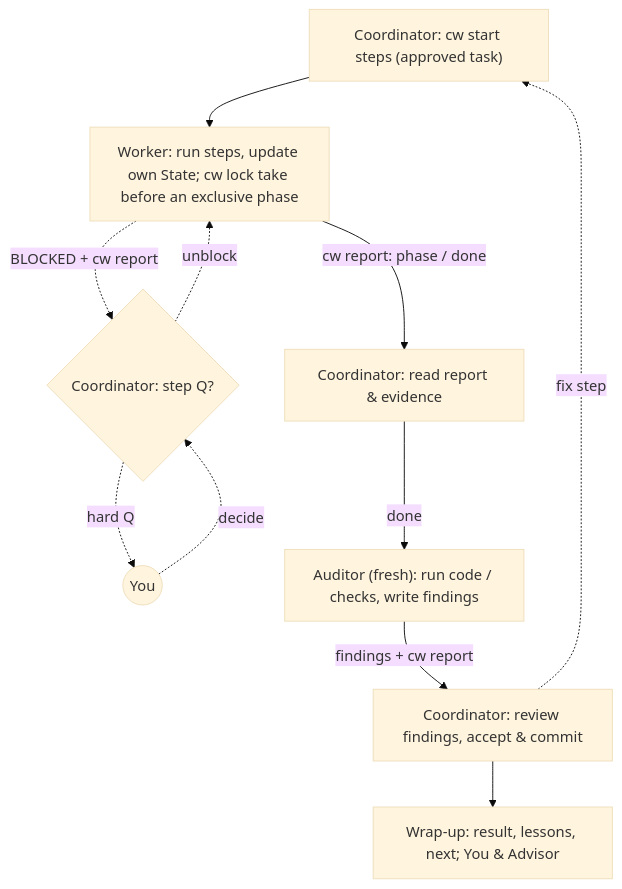
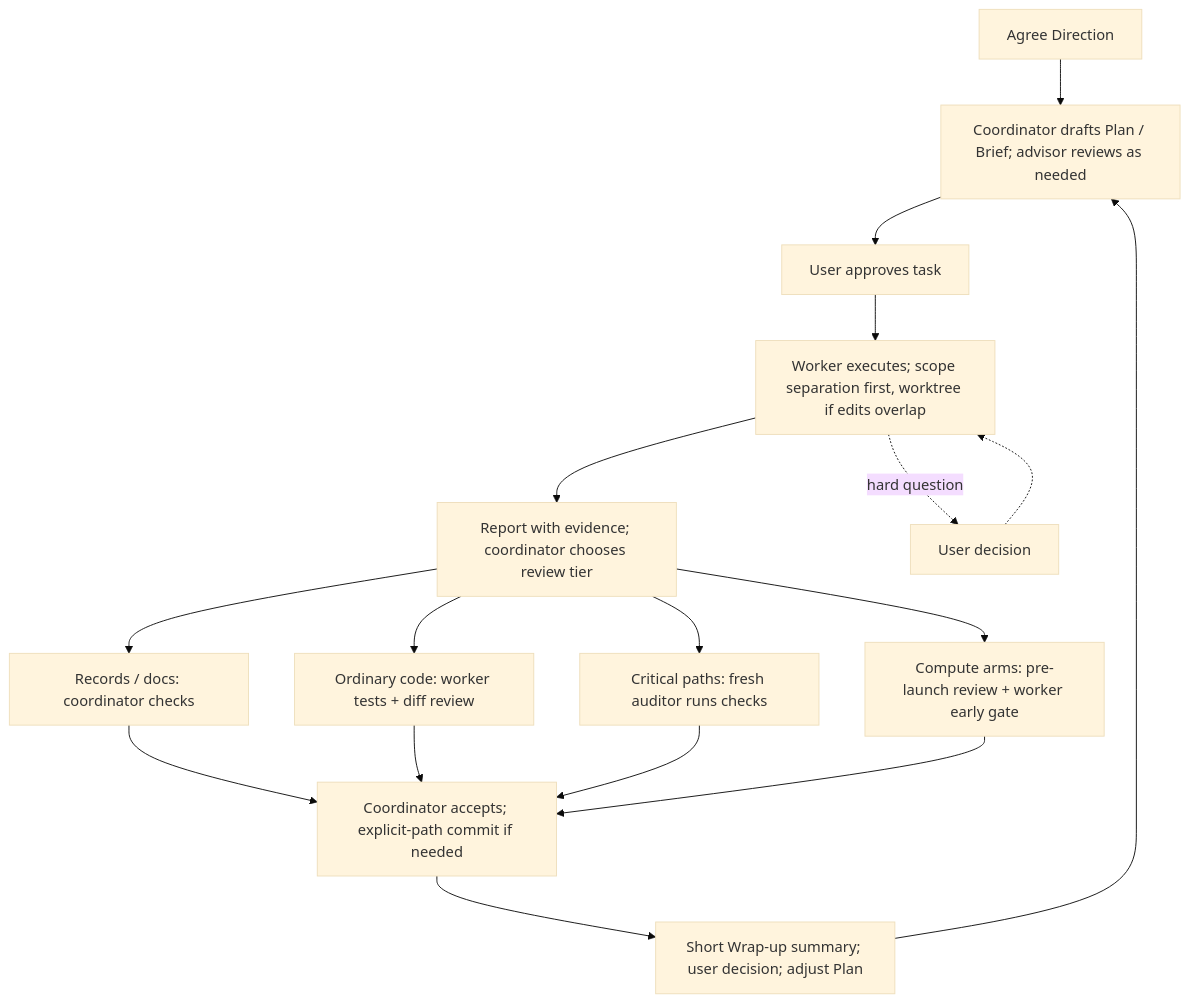
Before and after one commit to YitaoXU/agent-co-work: the diagram in README.md, drawn with Mermaid (base theme). The commit also changed other lines of this file and 9 other files, not shown here.

````diff
--- a/README.md
+++ b/README.md
@@ -153,13 +154,19 @@
 ```mermaid
 flowchart TD
-  C["Coordinator: cw start steps (approved task)"] --> W["Worker: run steps, update own State; cw lock take before an exclusive phase"]
-  W -.->|"BLOCKED + cw report"| B{"Coordinator: step Q?"}
-  B -.->|"hard Q"| U(("You"))
-  U -.->|"decide"| B
-  B -.->|"unblock"| W
-  W -->|"cw report: phase / done"| R["Coordinator: read report & evidence"]
-  R -->|"done"| A["Auditor (fresh): run code / checks, write findings"]
-  A -->|"findings + cw report"| K["Coordinator: review findings, accept & commit"]
-  K -.->|"fix step"| C
-  K --> E["Wrap-up: result, lessons, next; You & Advisor"]
+  D["Agree Direction"] --> P["Coordinator drafts Plan / Brief; advisor reviews as needed"]
+  P --> U["User approves task"]
+  U --> W["Worker executes; scope separation first, worktree if edits overlap"]
+  W --> R["Report with evidence; coordinator chooses review tier"]
+  W -.->|"hard question"| Q["User decision"]
+  Q -.-> W
+  R --> L["Records / docs: coordinator checks"]
+  R --> O["Ordinary code: worker tests + diff review"]
+  R --> A["Critical paths: fresh auditor runs checks"]
+  R --> G["Compute arms: pre-launch review + worker early gate"]
+  L --> K["Coordinator accepts; explicit-path commit if needed"]
+  O --> K
+  A --> K
+  G --> K
+  K --> S["Short Wrap-up summary; user decision; adjust Plan"]
+  S --> P
 ```
````
